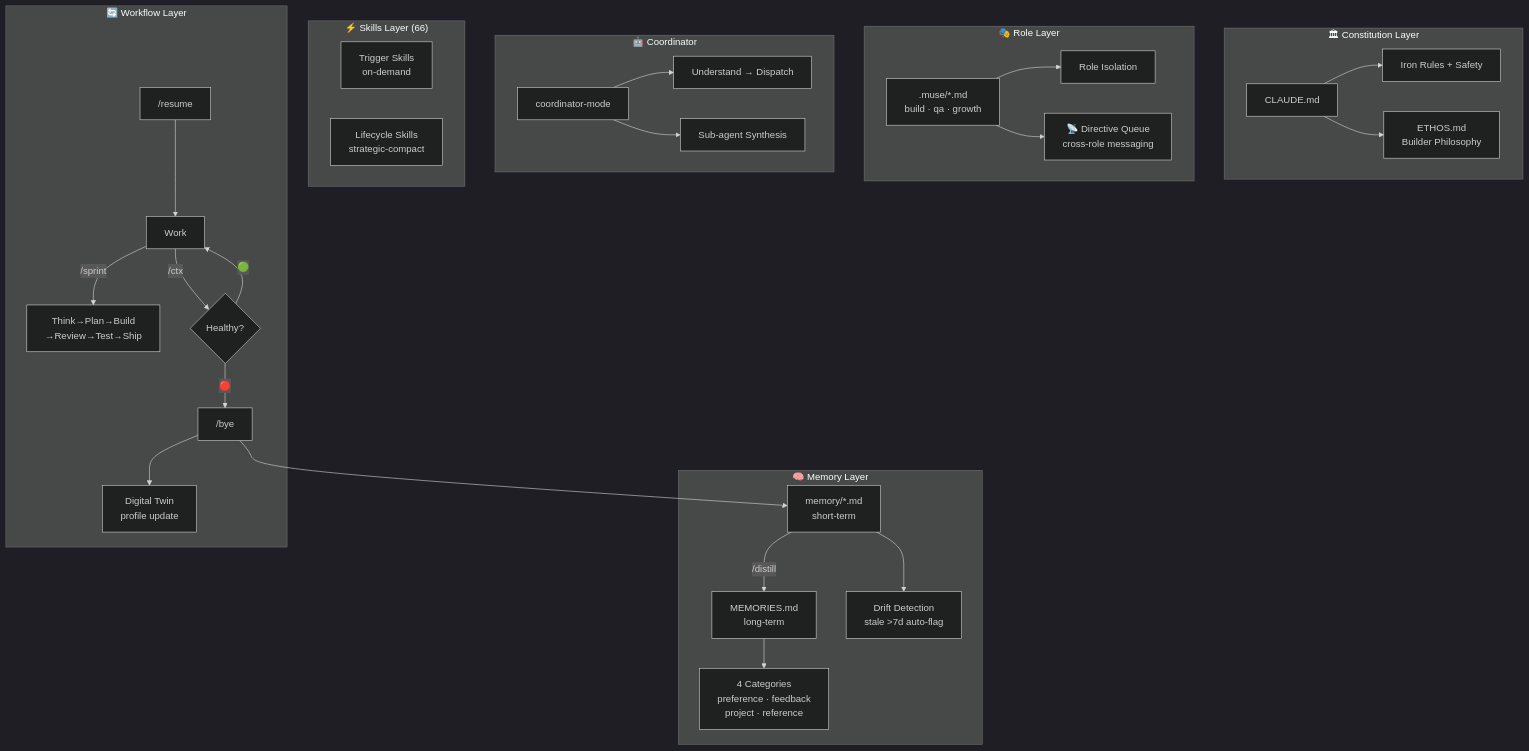
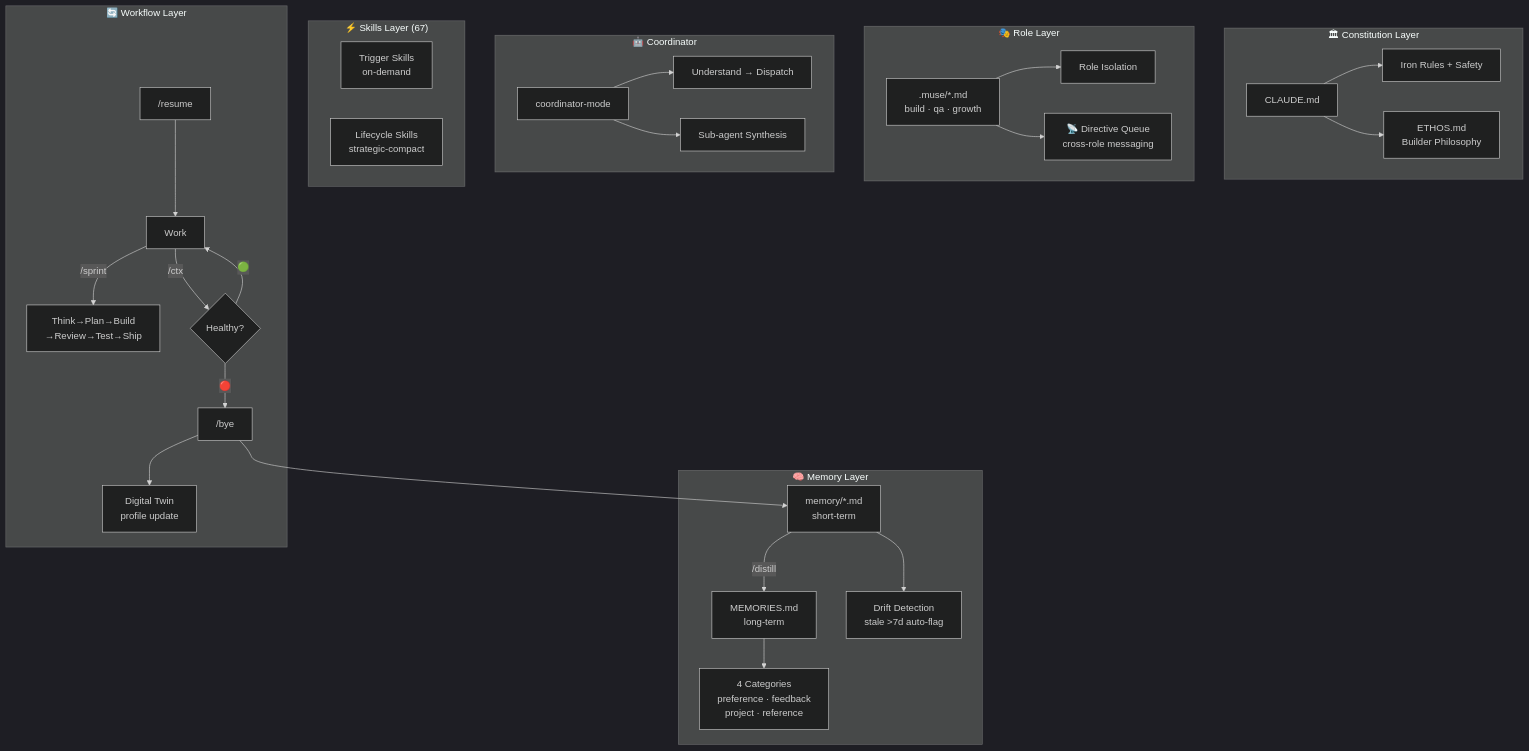
The diagram in README.md (myths-labs/muse), drawn with Mermaid (dark theme) before and after one commit. The commit also changed other lines of this file and 46 other files, not shown here.

````diff
--- a/README.md
+++ b/README.md
@@ -226,38 +226,38 @@
 ```mermaid
 graph TB
     subgraph "🏛 Constitution Layer"
         A["CLAUDE.md"] --> B["Iron Rules + Safety"]
         A --> C["ETHOS.md<br/>Builder Philosophy"]
     end
     
     subgraph "🎭 Role Layer"
         R[".muse/*.md<br/>build · qa · growth"] --> S["Role Isolation"]
         R --> T["📡 Directive Queue<br/>cross-role messaging"]
     end
     
     subgraph "🧠 Memory Layer"
         D["memory/*.md<br/>short-term"] -->|"/distill"| E["MEMORIES.md<br/>long-term"]
         D --> D1["Drift Detection<br/>stale >7d auto-flag"]
         E --> E1["4 Categories<br/>preference · feedback<br/>project · reference"]
     end
     
     subgraph "🤖 Coordinator"
         CO["coordinator-mode"] --> CO1["Understand → Dispatch"]
         CO --> CO2["Sub-agent Synthesis"]
     end
     
-    subgraph "⚡ Skills Layer (66)"
+    subgraph "⚡ Skills Layer (67)"
         G["Trigger Skills<br/>on-demand"]
         H["Lifecycle Skills<br/>strategic-compact"]
     end
     
     subgraph "🔄 Workflow Layer"
         I["/resume"] --> J["Work"]
         J -->|"/sprint"| SP["Think→Plan→Build<br/>→Review→Test→Ship"]
         J -->|"/ctx"| K{"Healthy?"}
         K -->|"🟢"| J
         K -->|"🔴"| L["/bye"]
         L --> D
         L --> L1["Digital Twin<br/>profile update"]
     end
 ```
````
